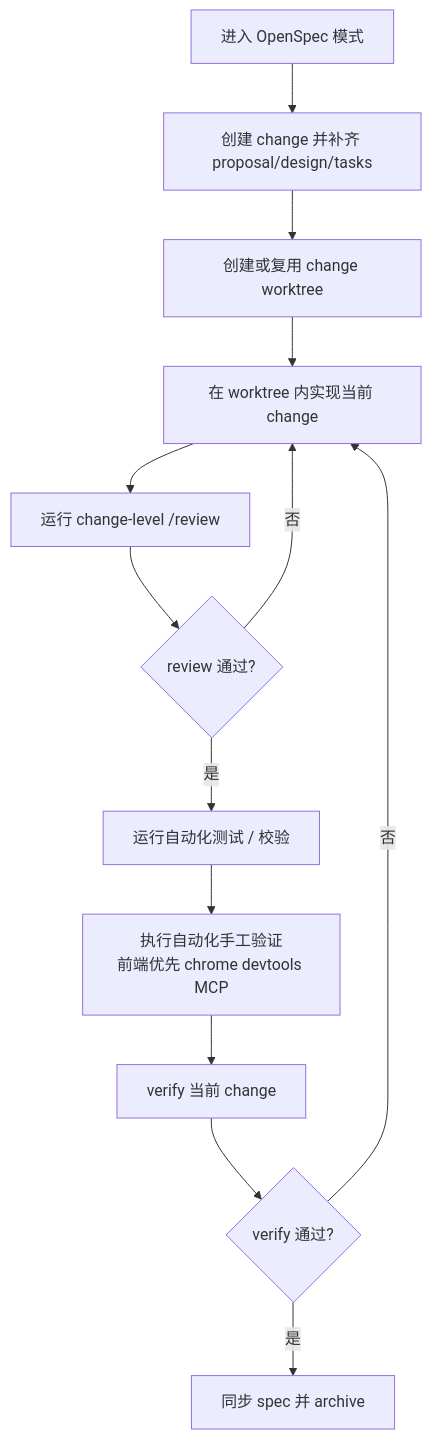
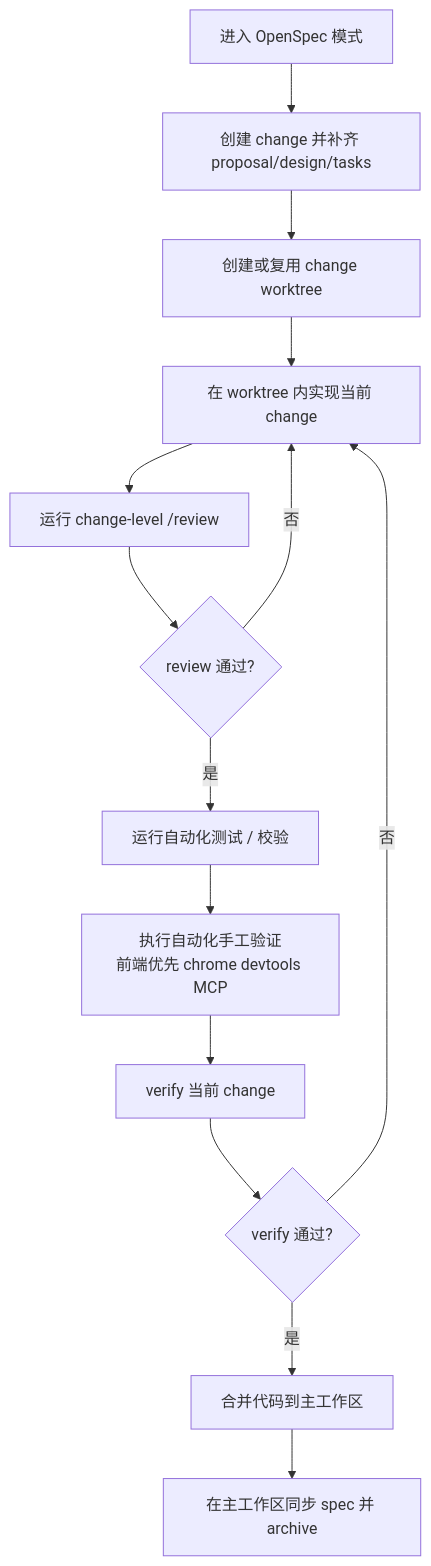
One commit to pjhpeter/openspec-extensions changed the first of 2 diagrams in README.md. Above: the diagram before and after it, drawn with Mermaid. The commit also changed other lines of this file and 18 other files, not shown here.

````diff
--- a/README.md
+++ b/README.md
@@ -177,15 +179,16 @@
 ```mermaid
 flowchart TD
     A[进入 OpenSpec 模式] --> B[创建 change 并补齐 proposal/design/tasks]
     B --> C[创建或复用 change worktree]
     C --> D[在 worktree 内实现当前 change]
     D --> E[运行 change-level /review]
     E --> F{review 通过?}
     F -- 否 --> D
     F -- 是 --> G[运行自动化测试 / 校验]
     G --> H[执行自动化手工验证<br/>前端优先 chrome devtools MCP]
     H --> I[verify 当前 change]
     I --> J{verify 通过?}
     J -- 否 --> D
-    J -- 是 --> K[同步 spec 并 archive]
+    J -- 是 --> K[合并代码到主工作区]
+    K --> L[在主工作区同步 spec 并 archive]
 ```
````
